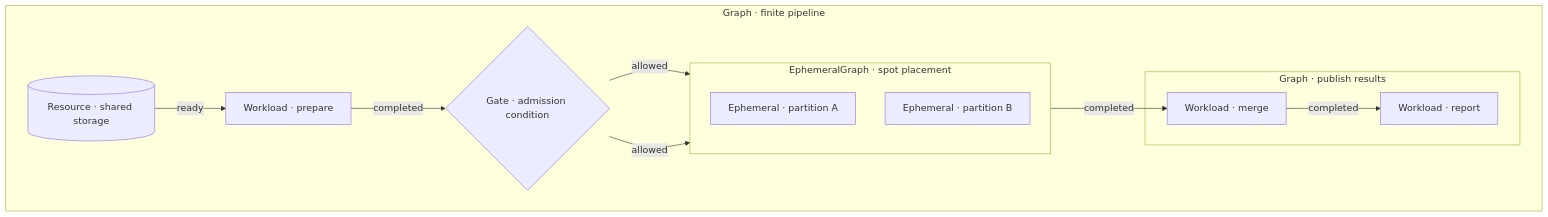
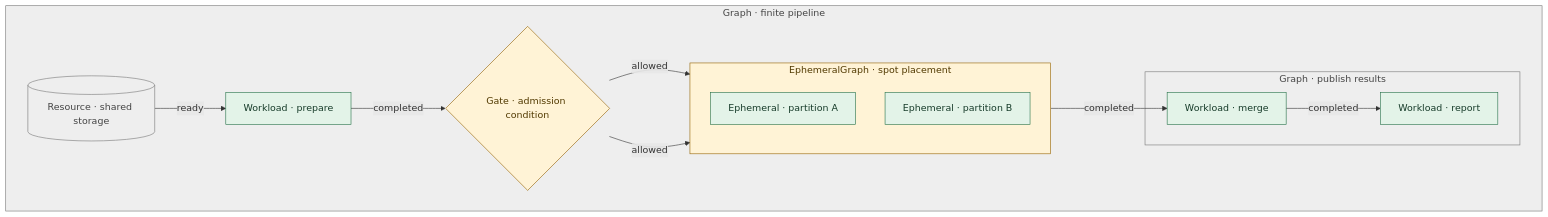
Before and after one commit to astrivant/polyad: the fourth of 5 diagrams in README.md, drawn with Mermaid. The commit also changed other lines of this file and 130 other files, not shown here.

````diff
--- a/README.md
+++ b/README.md
@@ -11,24 +166,33 @@
 ```mermaid
 flowchart LR
     subgraph pipeline["Graph · finite pipeline"]
         direction LR
         storage[("Resource · shared storage")]
         prepare["Workload · prepare"]
         gate{"Gate · admission condition"}
         subgraph workers["EphemeralGraph · spot placement"]
             direction TB
             left["Ephemeral · partition A"]
             right["Ephemeral · partition B"]
         end
         subgraph publish["Graph · publish results"]
             merge["Workload · merge"]
             report["Workload · report"]
             merge -->|completed| report
         end
         storage -->|ready| prepare
         prepare -->|completed| gate
         gate -->|allowed| left
         gate -->|allowed| right
         workers -->|completed| merge
     end
+    classDef execution fill:#e3f3e8,stroke:#247047,color:#163b29
+    classDef constraint fill:#fff3d6,stroke:#926000,color:#513900
+    classDef resource fill:#eeeeee,stroke:#777777,color:#444444
+    class prepare,left,right,merge,report execution
+    class gate constraint
+    class storage resource
+    style pipeline fill:#eeeeee,stroke:#777777,color:#444444
+    style workers fill:#fff3d6,stroke:#926000,color:#513900
+    style publish fill:#eeeeee,stroke:#777777,color:#444444
 ```
````
